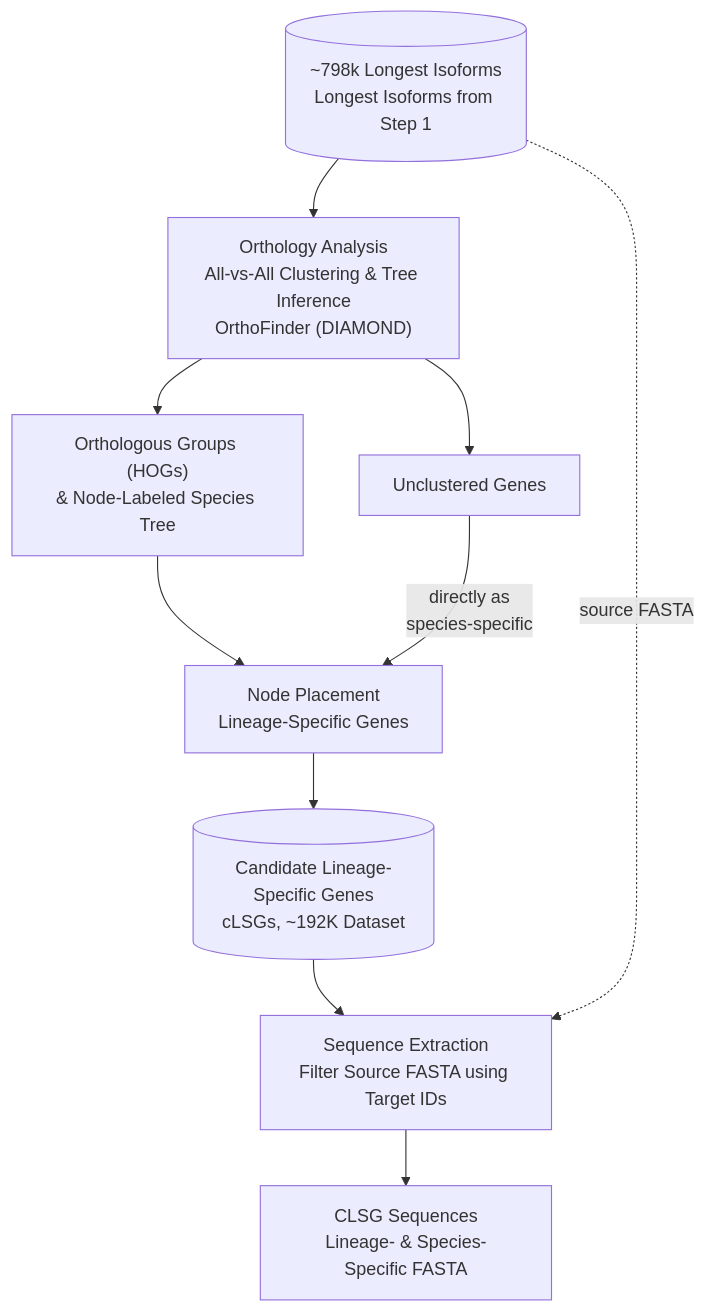
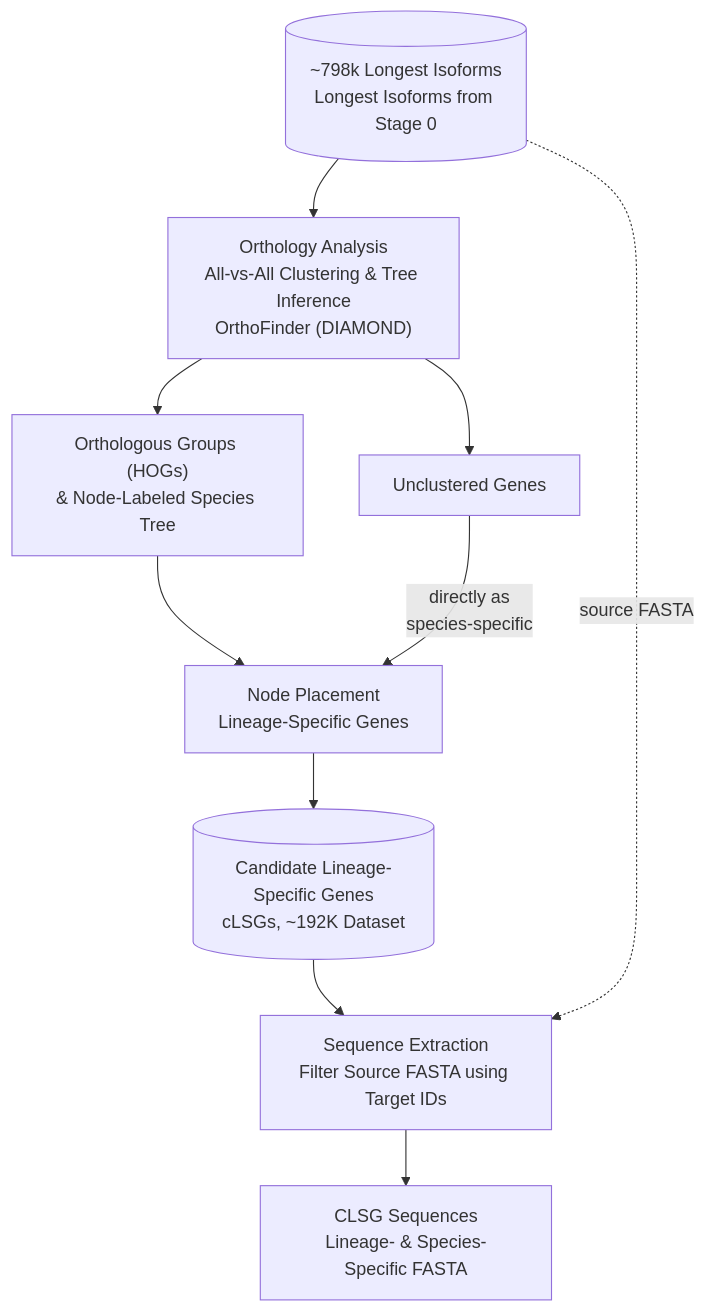
The diagram in 1_gene_stratigraphy/README.md (CasolaLab/LINGUA), drawn with Mermaid before and after one commit. The commit also changed other lines of this file and 5 other files, not shown here.

Commit message:
Update READMEs for the five-stage layout: stage roles, clone paths, stage 3 requirements, ancestral sequences, TE screen

````diff
--- a/1_gene_stratigraphy/README.md
+++ b/1_gene_stratigraphy/README.md
@@ -9,21 +9,21 @@
 ```mermaid
 flowchart TD
-    A[("~798k Longest Isoforms<br/>Longest Isoforms from Step 1")]
+    A[("~798k Longest Isoforms<br/>Longest Isoforms from Stage 0")]
     B["Orthology Analysis<br/>All-vs-All Clustering &amp; Tree Inference<br/>OrthoFinder (DIAMOND)"]
     C["Orthologous Groups (HOGs)<br/>&amp; Node-Labeled Species Tree"]
     D["Unclustered Genes"]
     E["Node Placement<br/>Lineage-Specific Genes"]
     F[("Candidate Lineage-Specific Genes<br/>cLSGs, ~192K Dataset")]
     G["Sequence Extraction<br/>Filter Source FASTA using Target IDs"]
     H["CLSG Sequences<br/>Lineage- &amp; Species-Specific FASTA"]
 
     A --> B
     B --> C
     B --> D
     C --> E
     D -- "directly as<br/>species-specific" --> E
     E --> F
     F --> G
     A -. "source FASTA" .-> G
     G --> H
 ```
````
